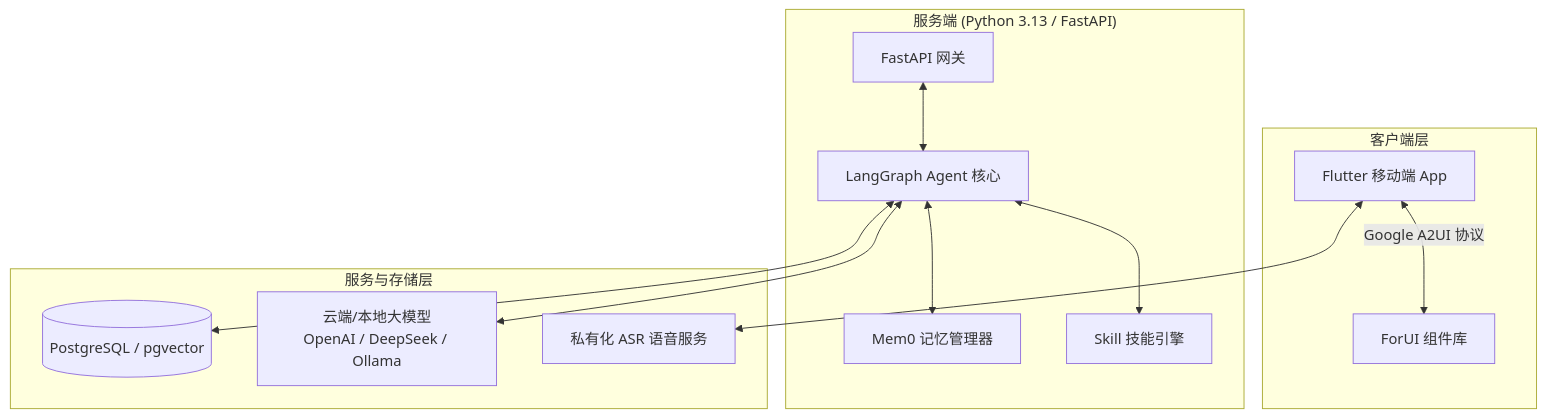
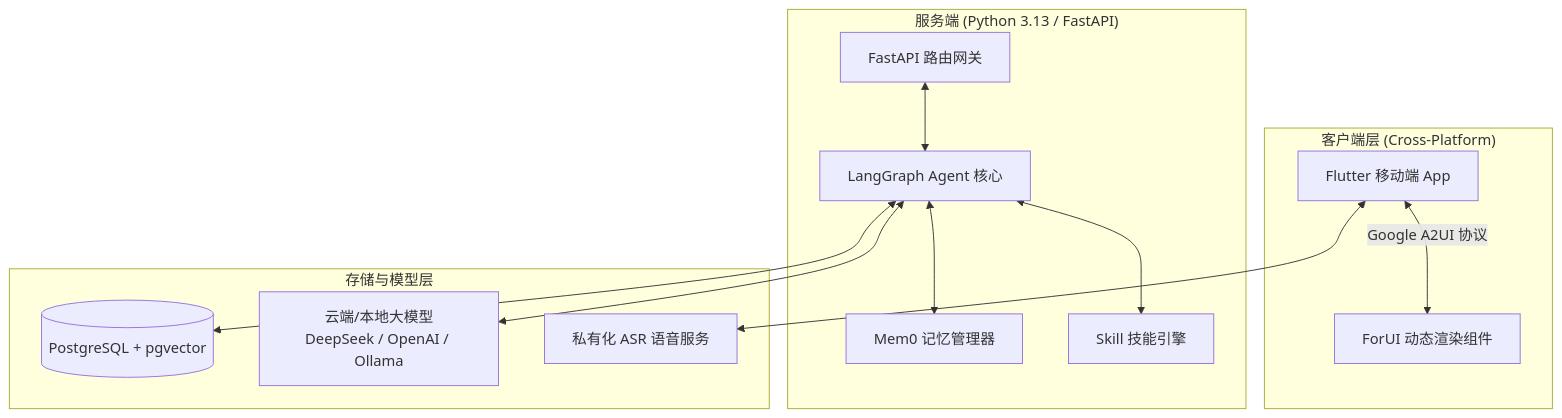
One commit to kylesean/finvo changed the diagram in README_ZH.md. Above: the diagram before and after it, drawn with Mermaid. The commit also changed other lines of this file and 1 other file, not shown here.

````diff
--- a/README_ZH.md
+++ b/README_ZH.md
@@ -58,18 +65,18 @@
 ```mermaid
 flowchart TD
-    subgraph Client ["客户端层"]
-        A[Flutter 移动端 App] <-->|Google A2UI 协议| B[ForUI 组件库]
+    subgraph Client ["客户端层 (Cross-Platform)"]
+        A[Flutter 移动端 App] <-->|Google A2UI 协议| B[ForUI 动态渲染组件]
     end
 
     subgraph Backend ["服务端 (Python 3.13 / FastAPI)"]
-        C[FastAPI 网关] <--> D[LangGraph Agent 核心]
+        C[FastAPI 路由网关] <--> D[LangGraph Agent 核心]
         D <--> E[Mem0 记忆管理器]
         D <--> F[Skill 技能引擎]
     end
 
-    subgraph External ["服务与存储层"]
-        D <--> G[(PostgreSQL / pgvector)]
-        D <--> H[云端/本地大模型\nOpenAI / DeepSeek / Ollama]
+    subgraph Storage ["存储与模型层"]
+        D <--> G[(PostgreSQL + pgvector)]
+        D <--> H[云端/本地大模型\nDeepSeek / OpenAI / Ollama]
         A <--> I[私有化 ASR 语音服务]
     end
 ```
````
